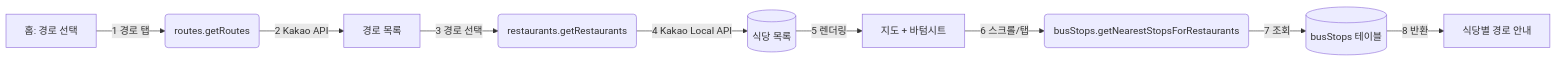
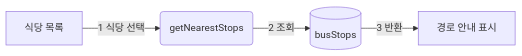
The diagram in docs/03-first-slice.md (kimnamheeee/pe-seminar), drawn with Mermaid before and after one commit. The commit also changed other lines of this file and 3 other files, not shown here.

````diff
--- a/docs/03-first-slice.md
+++ b/docs/03-first-slice.md
@@ -9,11 +9,6 @@
 ```mermaid
 flowchart LR
-    A[홈: 경로 선택] -->|1 경로 탭| B(routes.getRoutes)
-    B -->|2 Kakao API| C[경로 목록]
-    C -->|3 경로 선택| D(restaurants.getRestaurants)
-    D -->|4 Kakao Local API| E[(식당 목록)]
-    E -->|5 렌더링| F[지도 + 바텀시트]
-    F -->|6 스크롤/탭| G(busStops.getNearestStopsForRestaurants)
-    G -->|7 조회| H[(busStops 테이블)]
-    H -->|8 반환| I[식당별 경로 안내]
+    A[식당 목록] -->|1 식당 선택| B(getNearestStops)
+    B -->|2 조회| C[(busStops)]
+    C -->|3 반환| D[경로 안내 표시]
 ```
````
